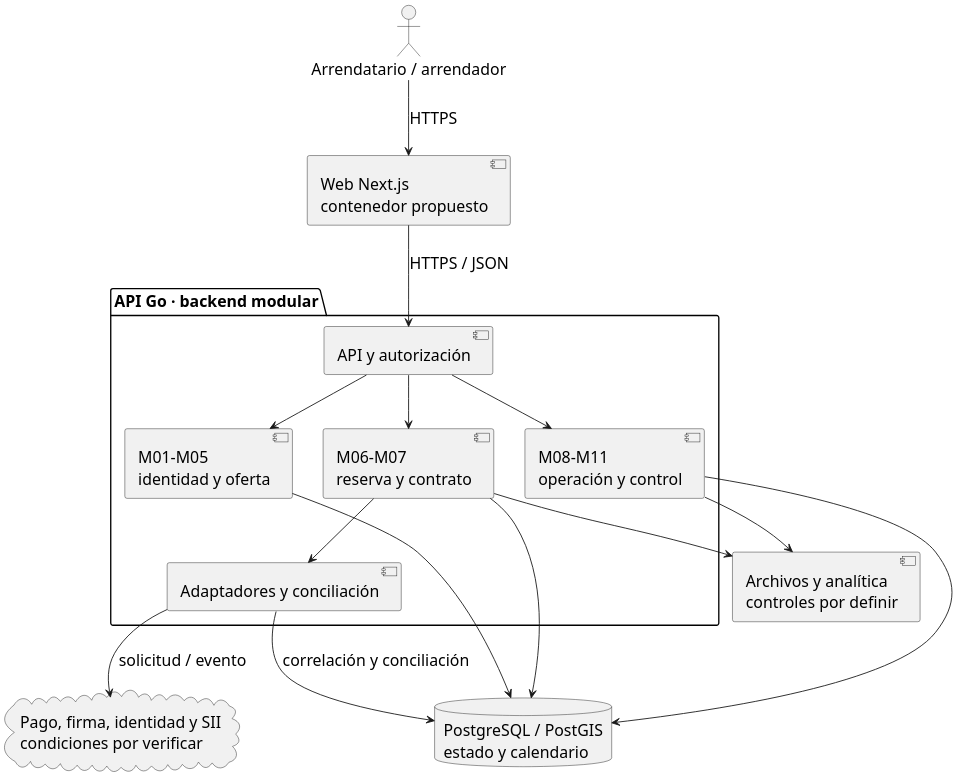
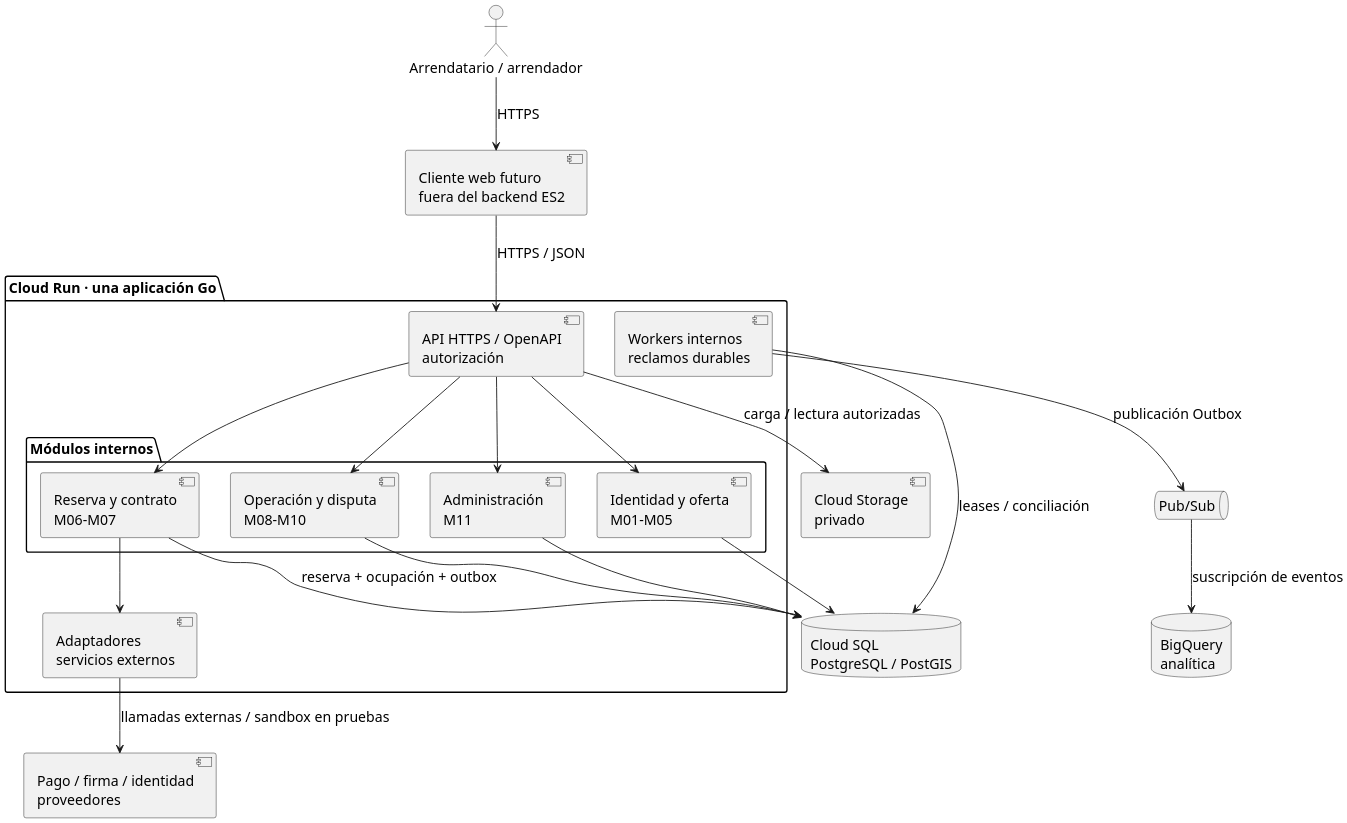
Before and after one commit to HernanEspinozaDev/proyectotitulo: the diagram in Informes/ES2PT/diagramas/arquitectura_general.puml, drawn with PlantUML. The commit also changed 20 other files, not shown here.

```diff
--- a/Informes/ES2PT/diagramas/arquitectura_general.puml
+++ b/Informes/ES2PT/diagramas/arquitectura_general.puml
@@ -1,34 +1,44 @@
 @startuml
 skinparam dpi 180
 skinparam shadowing false
 skinparam defaultFontName Arial
-skinparam defaultFontSize 18
+skinparam defaultFontSize 16
 skinparam backgroundColor white
 skinparam componentStyle uml2
 top to bottom direction
 actor "Arrendatario / arrendador" as USER
-component "Web Next.js\ncontenedor propuesto" as WEB
-package "API Go · backend modular" {
-  component "API y autorización" as API
-  component "M01–M05\nidentidad y oferta" as INIT
-  component "M06–M07\nreserva y contrato" as CORE
-  component "M08–M11\noperación y control" as CLOSE
-  component "Adaptadores y conciliación" as AD
+component "Cliente web futuro\nfuera del backend ES2" as WEB
+package "Cloud Run · una aplicación Go" {
+  component "API HTTPS / OpenAPI\nautorización" as API
+  package "Módulos internos" {
+    component "Identidad y oferta\nM01–M05" as INIT
+    component "Reserva y contrato\nM06–M07" as CORE
+    component "Operación y disputa\nM08–M10" as CLOSE
+    component "Administración\nM11" as ADMIN
+  }
+  component "Workers internos\nreclamos durables" as WORKER
+  component "Adaptadores\nservicios externos" as AD
 }
-database "PostgreSQL / PostGIS\nestado y calendario" as DB
-component "Archivos y analítica\ncontroles por definir" as DATA
-cloud "Pago, firma, identidad y SII\ncondiciones por verificar" as EXT
+database "Cloud SQL\nPostgreSQL / PostGIS" as DB
+component "Cloud Storage\nprivado" as STORAGE
+queue "Pub/Sub" as PUBSUB
+database "BigQuery\nanalítica" as BQ
+component "Pago / firma / identidad\nproveedores" as EXT
+
 USER --> WEB : HTTPS
 WEB --> API : HTTPS / JSON
 API --> INIT
 API --> CORE
 API --> CLOSE
+API --> ADMIN
 INIT --> DB
-CORE --> DB
+CORE --> DB : reserva + ocupación + outbox
 CLOSE --> DB
+ADMIN --> DB
+WORKER --> DB : leases / conciliación
+WORKER --> PUBSUB : publicación Outbox
 CORE --> AD
-AD --> EXT : solicitud / evento
-AD --> DB : correlación y conciliación
-CORE --> DATA
-CLOSE --> DATA
+AD --> EXT : llamadas externas / sandbox en pruebas
+API --> STORAGE : carga / lectura autorizadas
+PUBSUB --> BQ : suscripción de eventos
 @enduml
```
